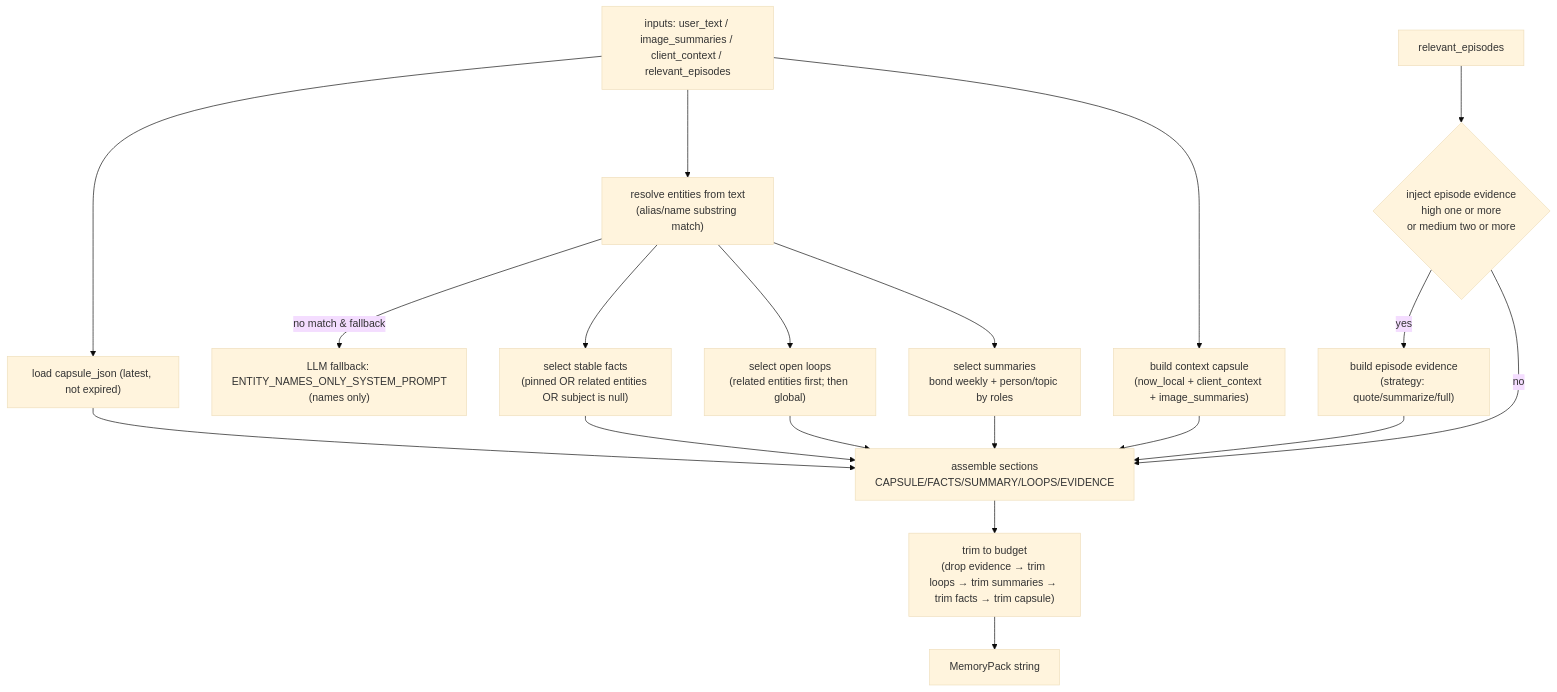
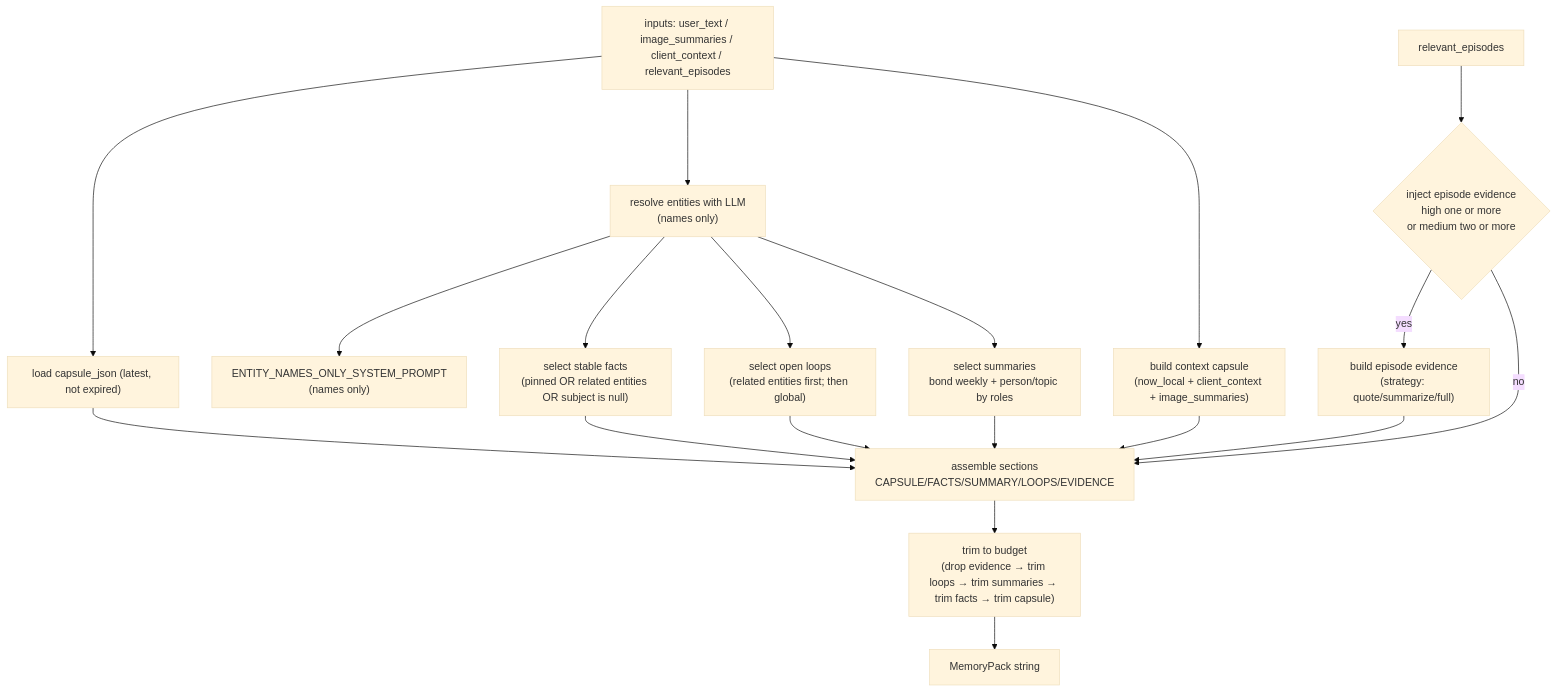
The second of 4 diagrams in docs/prompt_usage_map.md (hirona98/cocoro_ghost), drawn with Mermaid (base theme) before and after one commit. The commit also changed other lines of this file and 5 other files, not shown here.

````diff
--- a/docs/prompt_usage_map.md
+++ b/docs/prompt_usage_map.md
@@ -91,21 +91,21 @@
 ```mermaid
 flowchart TD
   IN["inputs: user_text / image_summaries / client_context / relevant_episodes"] --> CAPDB["load capsule_json (latest, not expired)"]
-  IN --> ENT["resolve entities from text\n(alias/name substring match)"]
-  ENT -->|no match & fallback| ENTFB["LLM fallback: ENTITY_NAMES_ONLY_SYSTEM_PROMPT\n(names only)"]
+  IN --> ENT["resolve entities with LLM\n(names only)"]
+  ENT --> ENTFB["ENTITY_NAMES_ONLY_SYSTEM_PROMPT\n(names only)"]
   ENT --> FACTS["select stable facts\n(pinned OR related entities OR subject is null)"]
   ENT --> LOOPS["select open loops\n(related entities first; then global)"]
   ENT --> SUM["select summaries\nbond weekly + person/topic by roles"]
   IN --> CC["build context capsule\n(now_local + client_context + image_summaries)"]
   REL["relevant_episodes"] --> DEC{"inject episode evidence\nhigh one or more\nor medium two or more"}
   DEC -->|yes| EVI["build episode evidence\n(strategy: quote/summarize/full)"]
   DEC -->|no| ASM
   CAPDB --> ASM["assemble sections\nCAPSULE/FACTS/SUMMARY/LOOPS/EVIDENCE"]
   FACTS --> ASM
   LOOPS --> ASM
   SUM --> ASM
   CC --> ASM
   EVI --> ASM
   ASM --> TRIM["trim to budget\n(drop evidence → trim loops → trim summaries → trim facts → trim capsule)"]
   TRIM --> OUT["MemoryPack string"]
 ```
````
